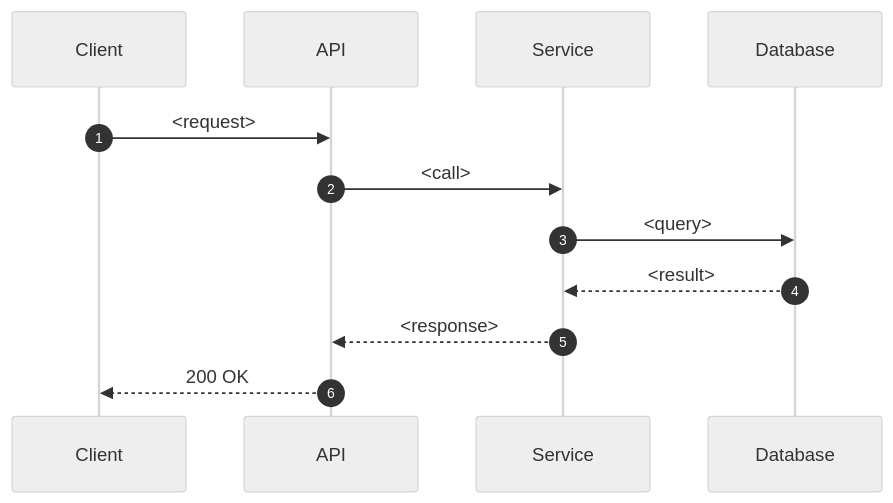
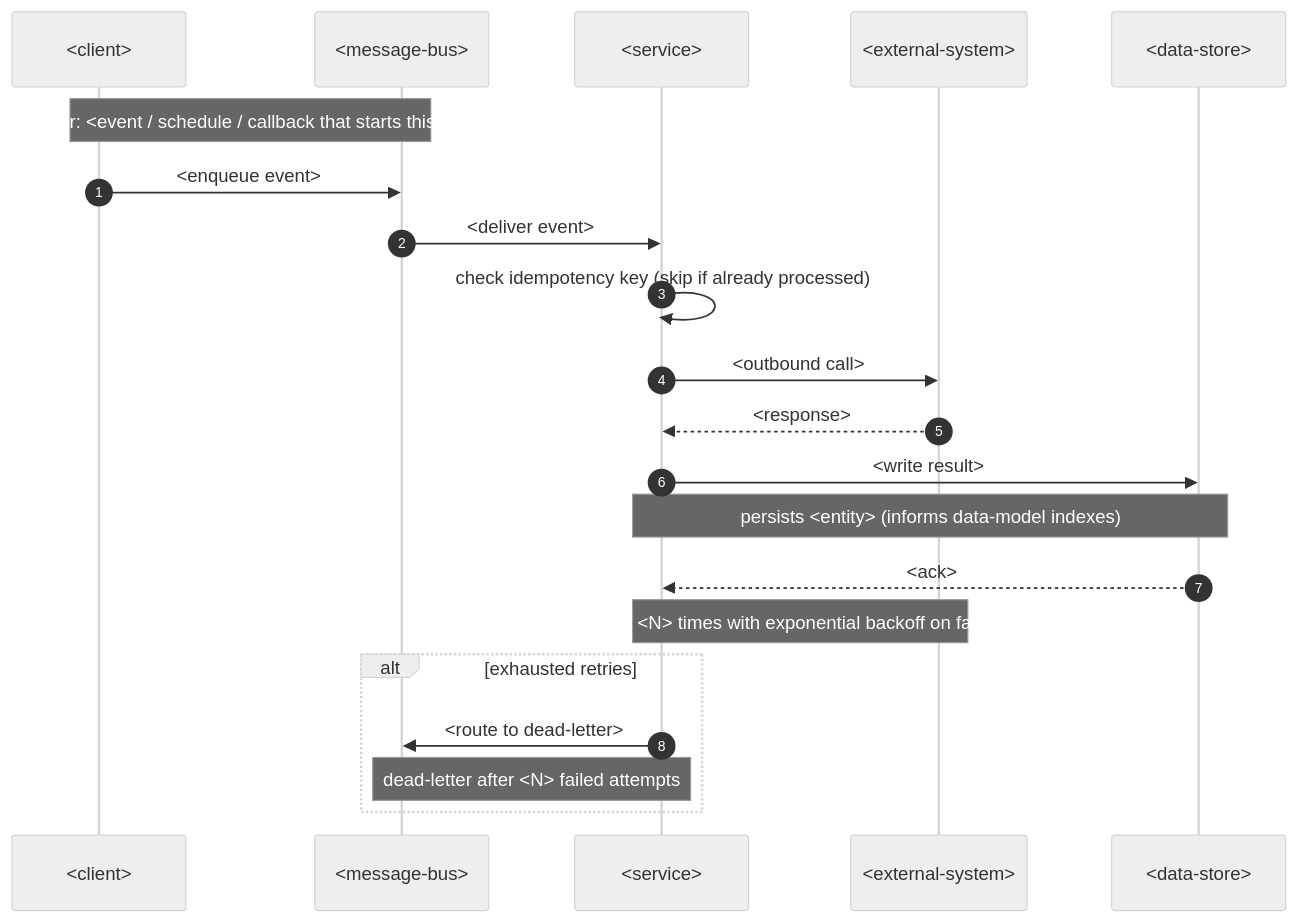
One commit to genkovich/agentic-engineering-course-public changed the third of 3 diagrams in modules/6-sdlc/sdlc/plugin/skills/complete-sequence-diagrams/templates/seq-flow.md. Above: the diagram before and after it, drawn with Mermaid (neutral theme). The commit also changed other lines of this file and 139 other files, not shown here.

First line of the commit message:
sdlc: синк плагіна до v4.5.1 (21 skill, agents, map-architecture)

````diff
--- a/modules/6-sdlc/sdlc/plugin/skills/complete-sequence-diagrams/templates/seq-flow.md
+++ b/modules/6-sdlc/sdlc/plugin/skills/complete-sequence-diagrams/templates/seq-flow.md
@@ -18,15 +79,24 @@
 ```mermaid
 sequenceDiagram
     autonumber
-    participant C as Client
-    participant API as API
-    participant SVC as Service
-    participant DB as Database
+    participant C as <client>
+    participant B as <message-bus>
+    participant S as <service>
+    participant X as <external-system>
+    participant D as <data-store>
 
-    C->>API: <request>
-    API->>SVC: <call>
-    SVC->>DB: <query>
-    DB-->>SVC: <result>
-    SVC-->>API: <response>
-    API-->>C: 200 OK
+    Note over C,B: Trigger: <event / schedule / callback that starts this flow>
+    C->>B: <enqueue event>
+    B->>S: <deliver event>
+    S->>S: check idempotency key (skip if already processed)
+    S->>X: <outbound call>
+    X-->>S: <response>
+    S->>D: <write result>
+    Note over S,D: persists <entity> (informs data-model indexes)
+    D-->>S: <ack>
+    Note over S,X: retry <N> times with exponential backoff on failure
+    alt exhausted retries
+        S->>B: <route to dead-letter>
+        Note over S,B: dead-letter after <N> failed attempts
+    end
 ```
````
